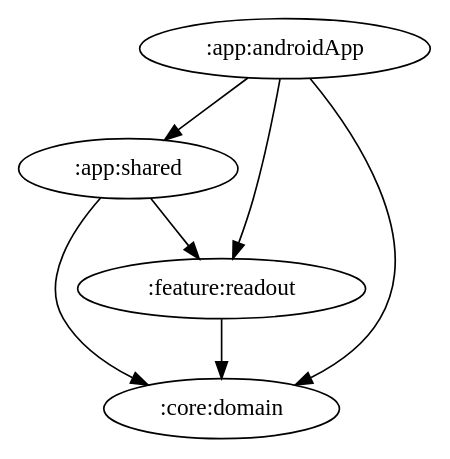
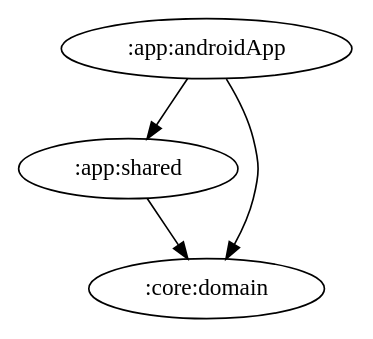
One commit to ai-kurou/KoDriver changed the diagram in docs/graphs/app-androidApp.gv. Above: the diagram before and after it, drawn with Graphviz. The commit also changed 11 other files, not shown here.

Commit message:
chore: update module graph images [skip ci]

```diff
--- a/docs/graphs/app-androidApp.gv
+++ b/docs/graphs/app-androidApp.gv
@@ -1,8 +1,5 @@
 digraph G {
   ":app:androidApp" -> ":app:shared"
   ":app:androidApp" -> ":core:domain"
-  ":app:androidApp" -> ":feature:readout"
-  ":app:shared" -> ":feature:readout"
   ":app:shared" -> ":core:domain"
-  ":feature:readout" -> ":core:domain"
 }
```
